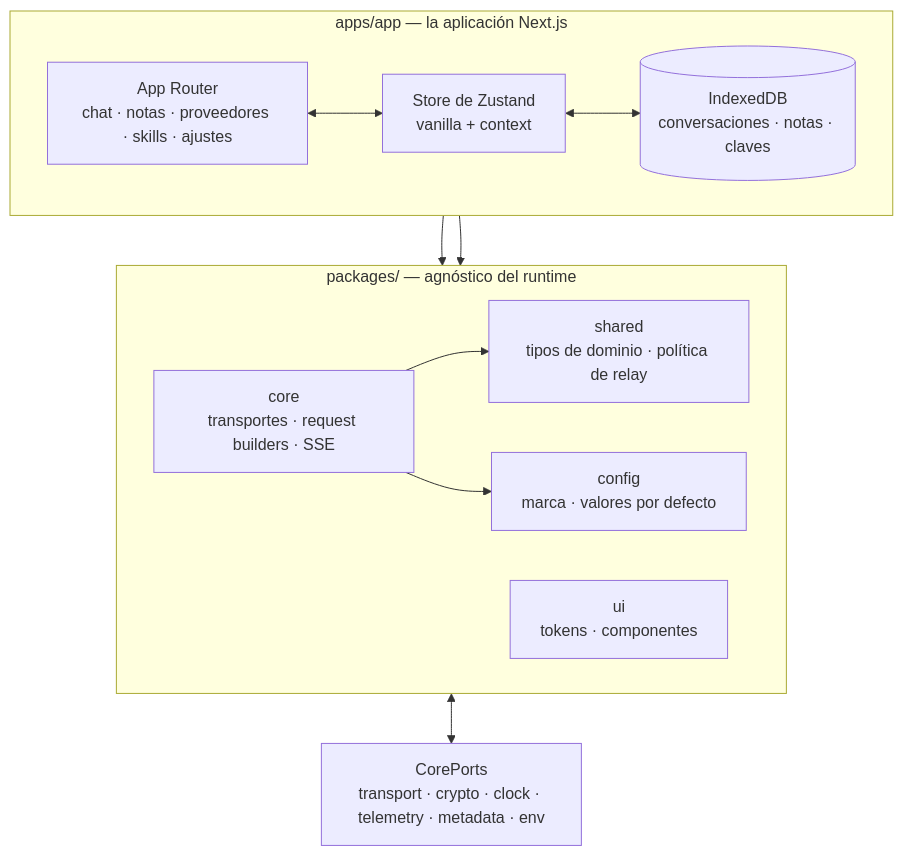
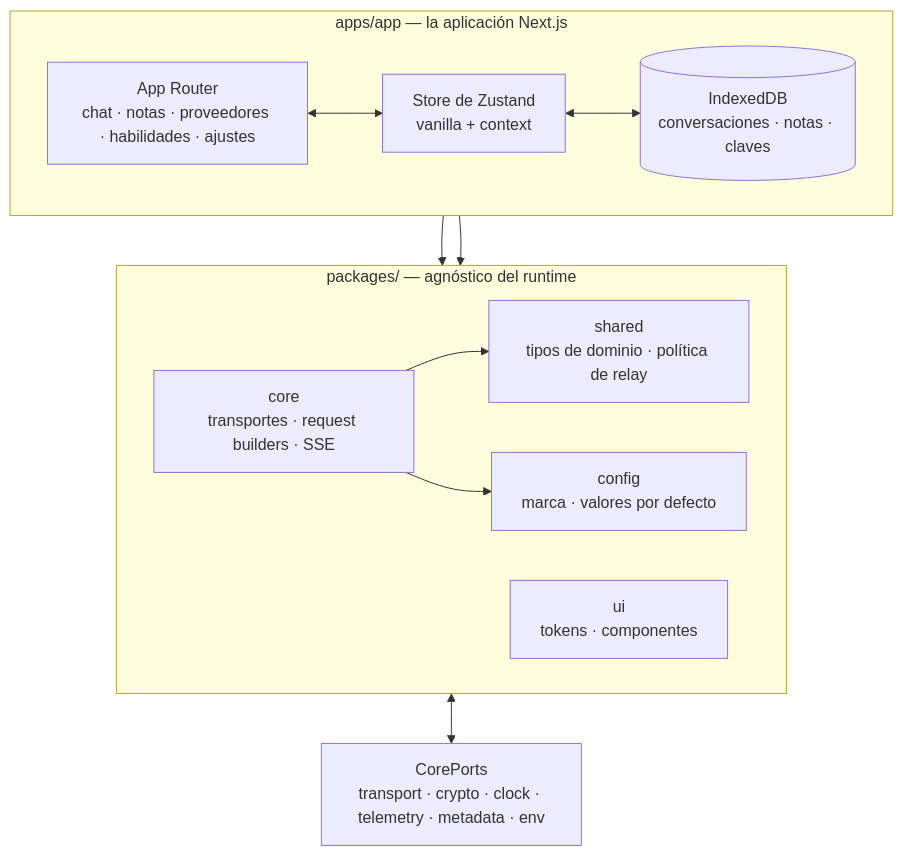
The second of 2 diagrams in readme_i18n/es/web.md (oriveo/oriveo), drawn with Mermaid before and after one commit. The commit also changed other lines of this file and 89 other files, not shown here.

````diff
--- a/readme_i18n/es/web.md
+++ b/readme_i18n/es/web.md
@@ -124,25 +124,25 @@
 ```mermaid
 flowchart TB
     subgraph app ["apps/app — la aplicación Next.js"]
         direction LR
-        routes["App Router<br/>chat · notas · proveedores · skills · ajustes"]
+        routes["App Router<br/>chat · notas · proveedores · habilidades · ajustes"]
         store["Store de Zustand<br/>vanilla + context"]
         idb[("IndexedDB<br/>conversaciones · notas · claves")]
     end
 
     subgraph pkgs ["packages/ — agnóstico del runtime"]
         direction LR
         core["core<br/>transportes · request builders · SSE"]
         shared["shared<br/>tipos de dominio · política de relay"]
         ui["ui<br/>tokens · componentes"]
         config["config<br/>marca · valores por defecto"]
     end
 
     ports["CorePorts<br/>transport · crypto · clock · telemetry · metadata · env"]
 
     routes <--> store <--> idb
     store --> core
     core --> shared & config
     routes --> ui
     core <--> ports
 ```
````
